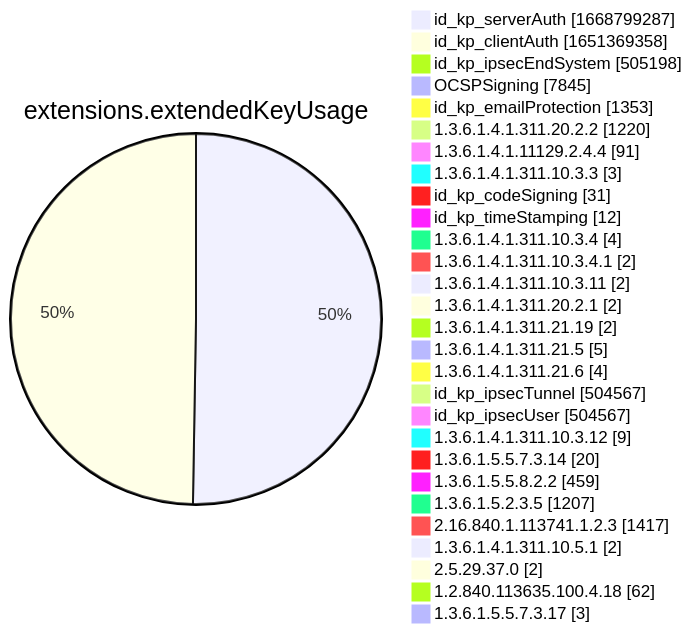
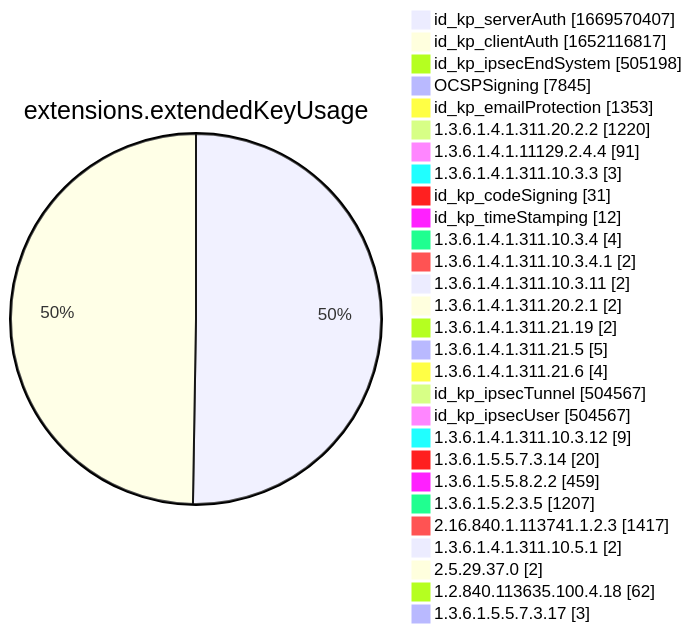
One commit to christiankrug/ctmonitor_visualization changed diagram 12 of 15 in xenon2022/README.md. Above: the diagram before and after it, drawn with Mermaid. The commit also changed other lines of this file, not shown here.

````diff
--- a/xenon2022/README.md
+++ b/xenon2022/README.md
@@ -3887,32 +3887,32 @@
 ```mermaid
 pie showData
 title extensions.extendedKeyUsage
-"id_kp_serverAuth" :1668799287
-"id_kp_clientAuth" :1651369358
+"id_kp_serverAuth" :1669570407
+"id_kp_clientAuth" :1652116817
 "id_kp_ipsecEndSystem" :505198
 "OCSPSigning" :7845
 "id_kp_emailProtection" :1353
 "1.3.6.1.4.1.311.20.2.2" :1220
 "1.3.6.1.4.1.11129.2.4.4" :91
 "1.3.6.1.4.1.311.10.3.3" :3
 "id_kp_codeSigning" :31
 "id_kp_timeStamping" :12
 "1.3.6.1.4.1.311.10.3.4" :4
 "1.3.6.1.4.1.311.10.3.4.1" :2
 "1.3.6.1.4.1.311.10.3.11" :2
 "1.3.6.1.4.1.311.20.2.1" :2
 "1.3.6.1.4.1.311.21.19" :2
 "1.3.6.1.4.1.311.21.5" :5
 "1.3.6.1.4.1.311.21.6" :4
 "id_kp_ipsecTunnel" :504567
 "id_kp_ipsecUser" :504567
 "1.3.6.1.4.1.311.10.3.12" :9
 "1.3.6.1.5.5.7.3.14" :20
 "1.3.6.1.5.5.8.2.2" :459
 "1.3.6.1.5.2.3.5" :1207
 "2.16.840.1.113741.1.2.3" :1417
 "1.3.6.1.4.1.311.10.5.1" :2
 "2.5.29.37.0" :2
 "1.2.840.113635.100.4.18" :62
 "1.3.6.1.5.5.7.3.17" :3
 ```
````
